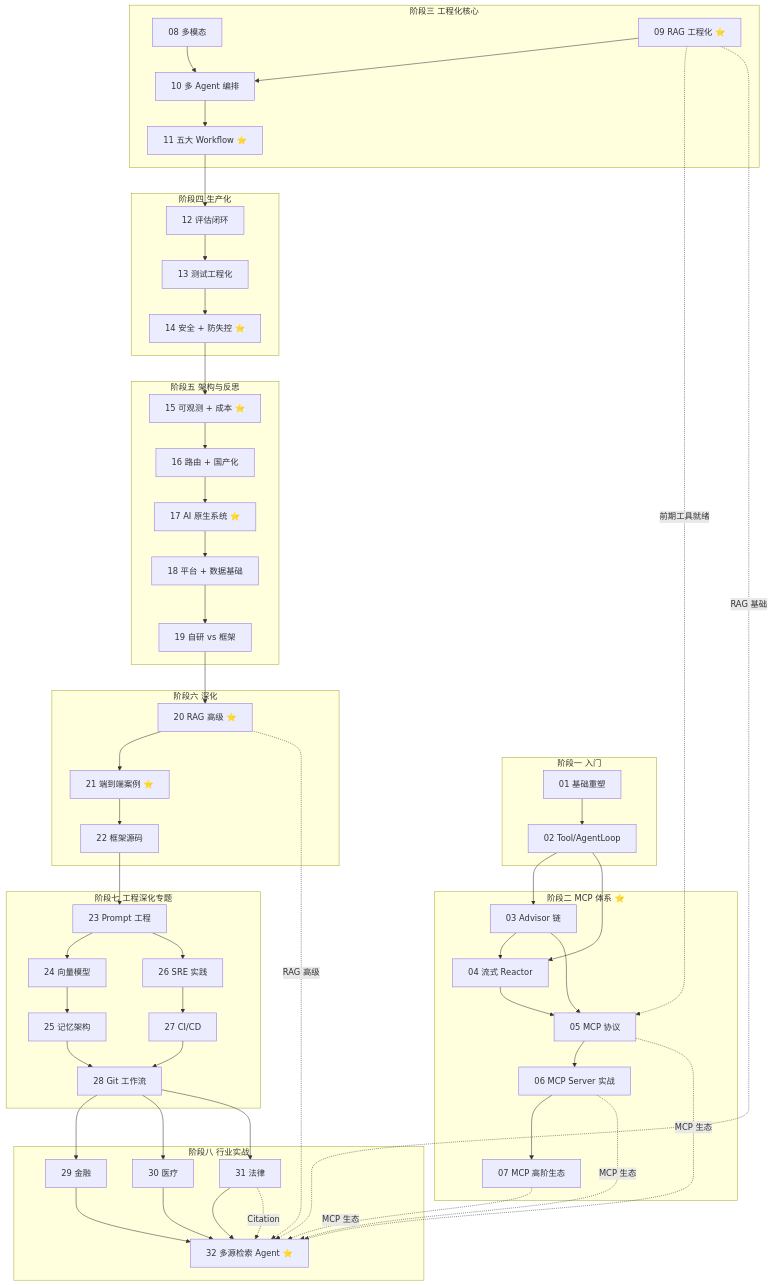
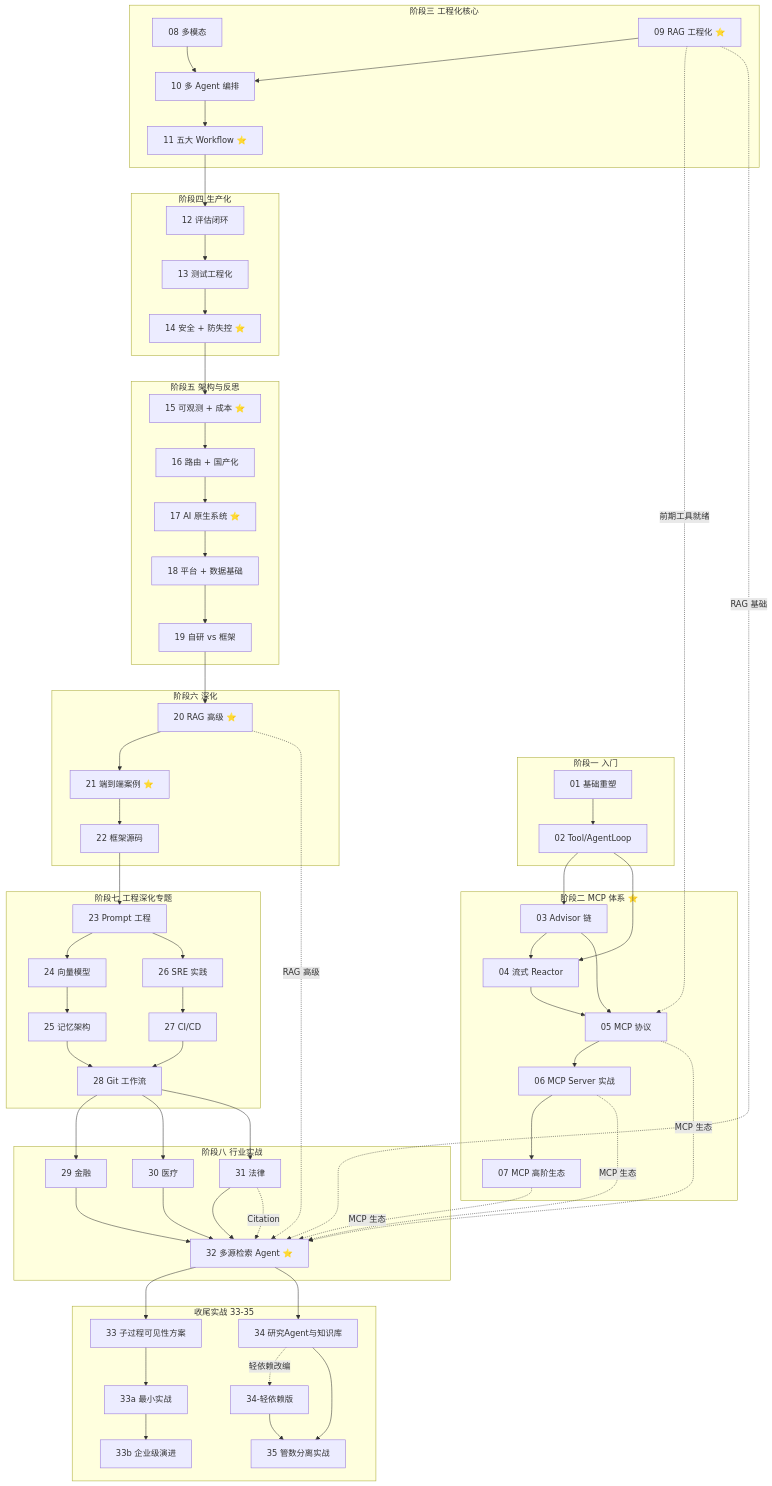
The second of 5 diagrams in docs/教程/00-目录索引.md (UranusGit/java-agent-learn), drawn with Mermaid before and after one commit. The commit also changed other lines of this file and 19 other files, not shown here.

````diff
--- a/docs/教程/00-目录索引.md
+++ b/docs/教程/00-目录索引.md
@@ -144,63 +156,72 @@
 ```mermaid
 flowchart TD
     subgraph P1["阶段一 入门"]
         N01["01 基础重塑"] --> N02["02 Tool/AgentLoop"]
     end
     subgraph P2["阶段二 MCP 体系 ⭐"]
         N03["03 Advisor 链"]
         N04["04 流式 Reactor"]
         N05["05 MCP 协议"]
         N06["06 MCP Server 实战"]
         N07["07 MCP 高阶生态"]
         N03 --> N04
         N03 --> N05
         N04 --> N05
         N05 --> N06 --> N07
     end
     subgraph P3["阶段三 工程化核心"]
         N08["08 多模态"]
         N09["09 RAG 工程化 ⭐"]
         N10["10 多 Agent 编排"]
         N11["11 五大 Workflow ⭐"]
         N08 --> N10
         N09 --> N10
         N10 --> N11
     end
     subgraph P4["阶段四 生产化"]
         N12["12 评估闭环"] --> N13["13 测试工程化"] --> N14["14 安全 + 防失控 ⭐"]
     end
     subgraph P5["阶段五 架构与反思"]
         N15["15 可观测 + 成本 ⭐"] --> N16["16 路由 + 国产化"] --> N17["17 AI 原生系统 ⭐"]
         N17 --> N18["18 平台 + 数据基础"] --> N19["19 自研 vs 框架"]
     end
     subgraph P6["阶段六 深化"]
         N20["20 RAG 高级 ⭐"] --> N21["21 端到端案例 ⭐"] --> N22["22 框架源码"]
     end
     subgraph P7["阶段七 工程深化专题"]
         N23["23 Prompt 工程"] --> N24["24 向量模型"] --> N25["25 记忆架构"]
         N23 --> N26["26 SRE 实践"] --> N27["27 CI/CD"]
         N25 --> N28["28 Git 工作流"]
         N27 --> N28
     end
     subgraph P8["阶段八 行业实战"]
         N28 --> N29["29 金融"]
         N28 --> N30["30 医疗"]
         N28 --> N31["31 法律"]
         N29 --> N32["32 多源检索 Agent ⭐"]
         N30 --> N32
         N31 --> N32
     end
+    subgraph P9["收尾实战 33-35"]
+        N32 --> N33["33 子过程可见性方案"]
+        N33 --> N33A["33a 最小实战"]
+        N33A --> N33B["33b 企业级演进"]
+        N32 --> N34["34 研究Agent与知识库"]
+        N34 -.->|"轻依赖改编"| N34L["34-轻依赖版"]
+        N34L --> N35["35 管数分离实战"]
+        N34 --> N35
+    end
     N02 --> N03
     N02 --> N04
     N11 --> N12
     N14 --> N15
     N19 --> N20
     N22 --> N23
     N09 -.->|"前期工具就绪"| N05
     N05 -.->|"MCP 生态"| N32
     N06 -.->|"MCP 生态"| N32
     N07 -.->|"MCP 生态"| N32
     N09 -.->|"RAG 基础"| N32
     N20 -.->|"RAG 高级"| N32
     N31 -.->|"Citation"| N32
 ```
````
